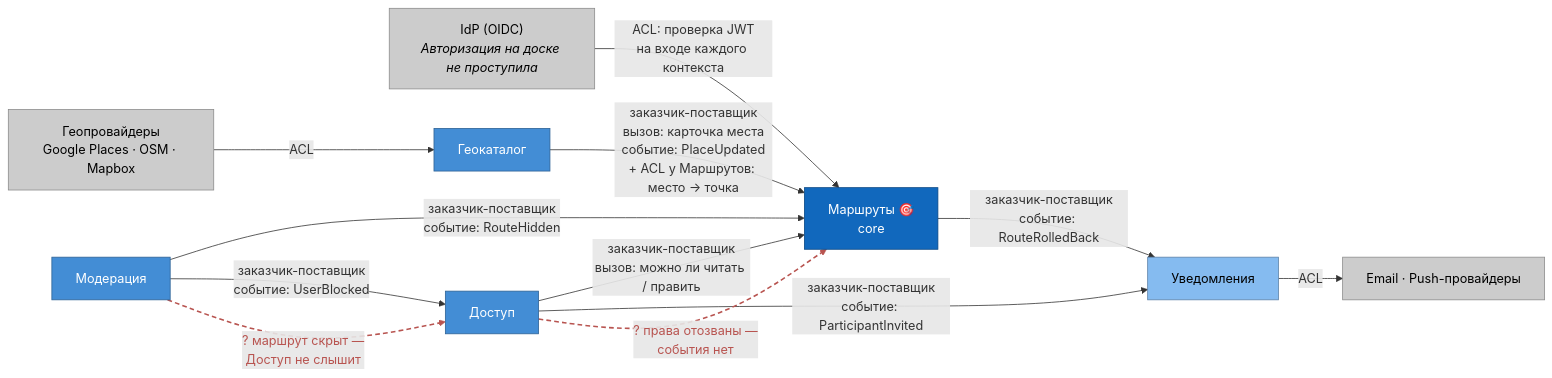
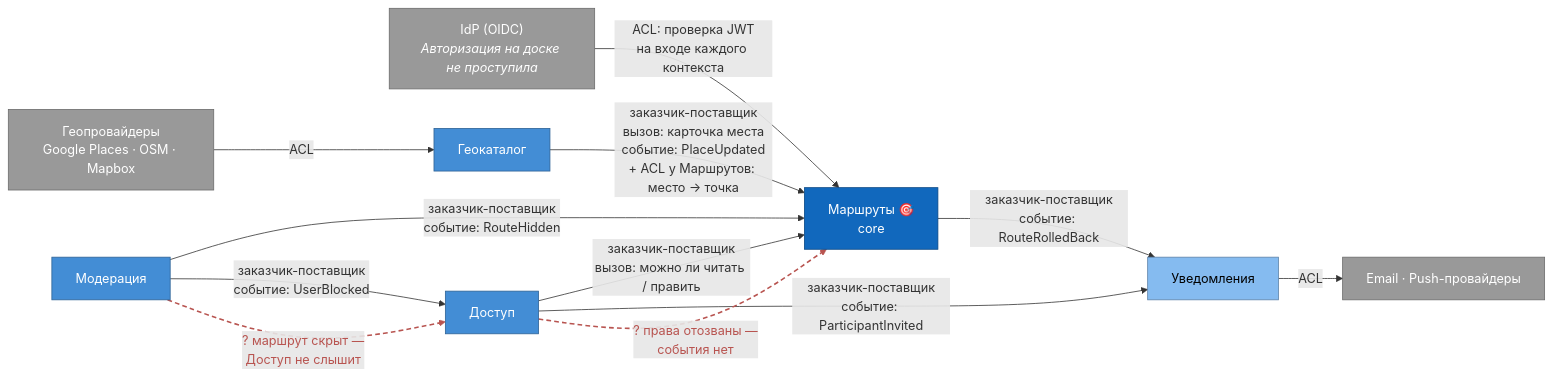
The diagram in docs/views/context-map.md (SeGeGha/otus-architecture), drawn with Mermaid before and after one commit. The commit also changed other lines of this file and 2 other files, not shown here.

````diff
--- a/docs/views/context-map.md
+++ b/docs/views/context-map.md
@@ -17,31 +17,31 @@
 ```mermaid
 flowchart LR
     GEOP["Геопровайдеры<br/>Google Places · OSM · Mapbox"]:::ext
     IDP["IdP (OIDC)<br/><i>Авторизация на доске не проступила</i>"]:::ext
     MAIL["Email · Push-провайдеры"]:::ext
 
     GEO["Геокаталог"]:::sup
     ACS["Доступ"]:::sup
     MOD["Модерация"]:::sup
     RTE["Маршруты 🎯<br/>core"]:::core
     NTF["Уведомления"]:::gen
 
     GEOP -->|"ACL"| GEO
     GEO -->|"заказчик-поставщик<br/>вызов: карточка места<br/>событие: PlaceUpdated<br/>+ ACL у Маршрутов: место → точка"| RTE
     ACS -->|"заказчик-поставщик<br/>вызов: можно ли читать / править"| RTE
     MOD -->|"заказчик-поставщик<br/>событие: RouteHidden"| RTE
     MOD -->|"заказчик-поставщик<br/>событие: UserBlocked"| ACS
     ACS -->|"заказчик-поставщик<br/>событие: ParticipantInvited"| NTF
     RTE -->|"заказчик-поставщик<br/>событие: RouteRolledBack"| NTF
     NTF -->|"ACL"| MAIL
     IDP -->|"ACL: проверка JWT<br/>на входе каждого контекста"| RTE
 
     ACS -. "? права отозваны —<br/>события нет" .-> RTE
     MOD -. "? маршрут скрыт —<br/>Доступ не слышит" .-> ACS
 
     classDef core fill:#1168bd,stroke:#0b4884,color:#ffffff
     classDef sup fill:#438dd5,stroke:#2e6295,color:#ffffff
     classDef gen fill:#85bbf0,stroke:#5d82a8,color:#000000
-    classDef ext fill:#cccccc,stroke:#8c8c8c,color:#000000
+    classDef ext fill:#999999,stroke:#6b6b6b,color:#ffffff
     linkStyle 9,10 stroke:#B85450,stroke-width:2px,stroke-dasharray:6 4,color:#B85450
 ```
````
